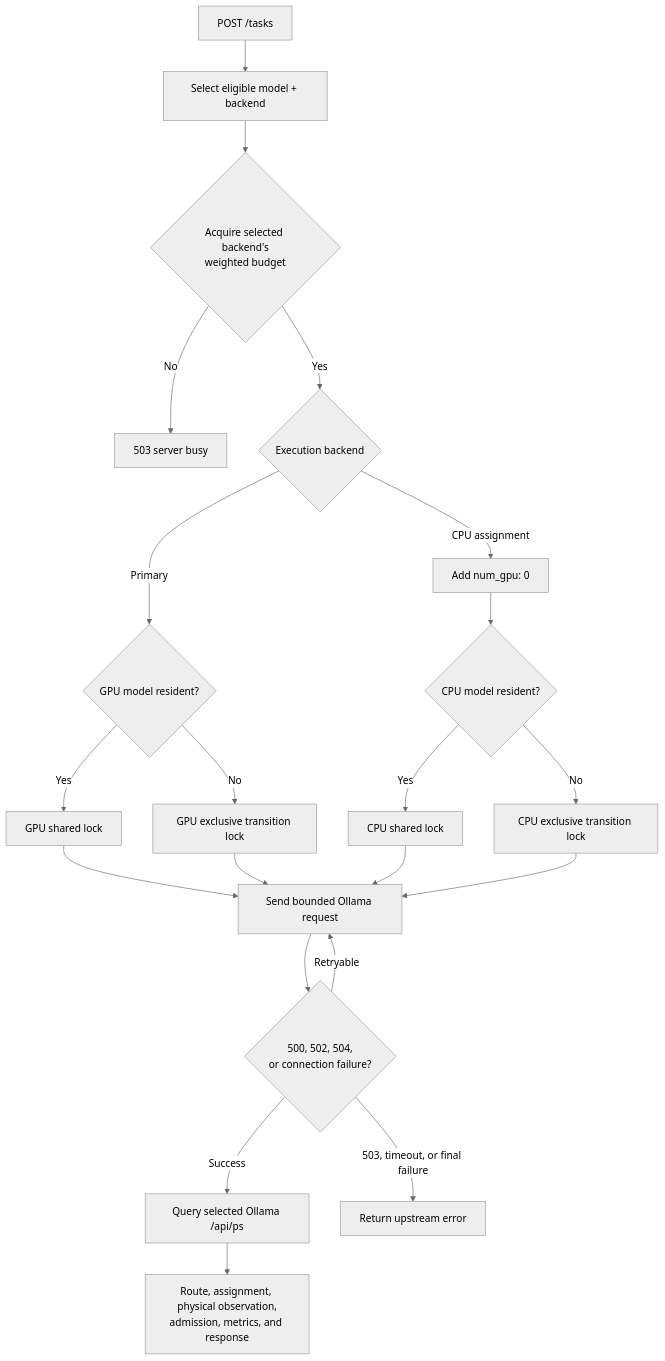
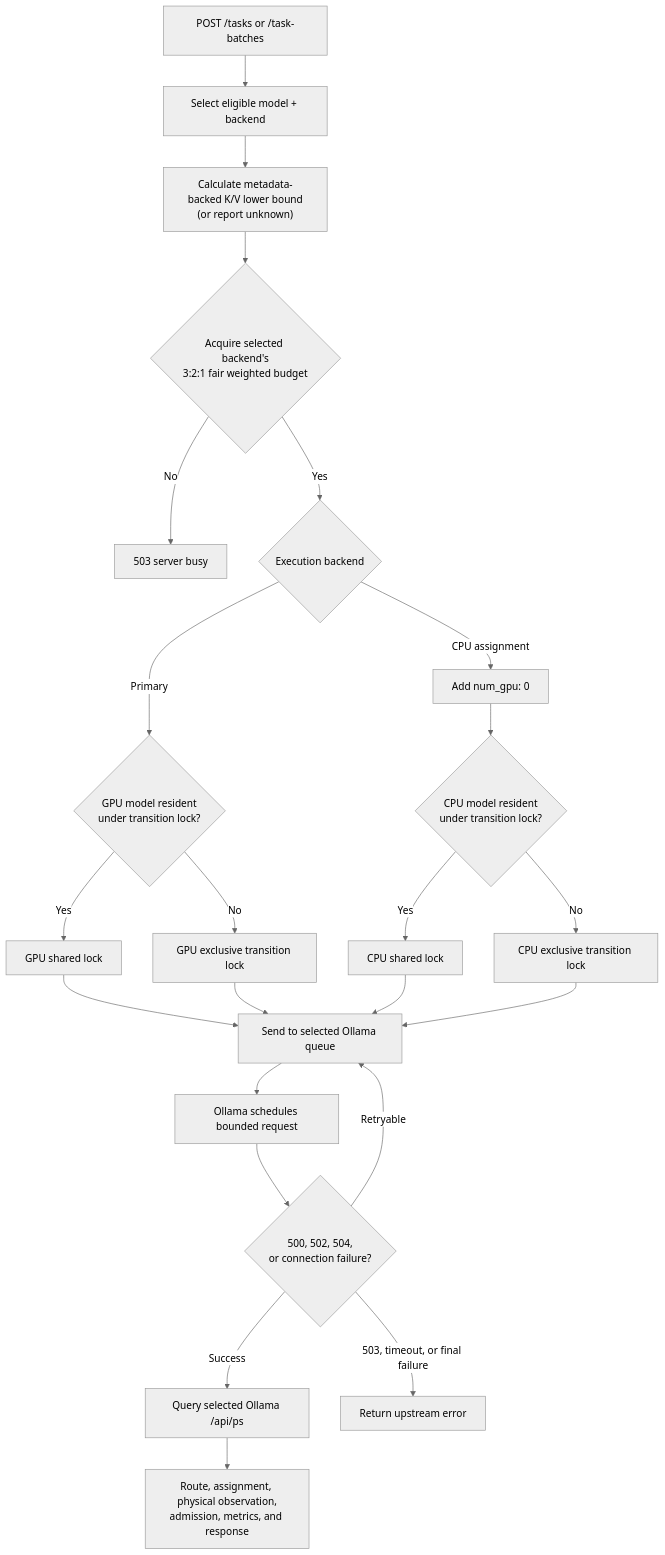
Before and after one commit to bgauryy/FreeLlama: the sixth of 10 diagrams in docs/ARCHITECTURE.md, drawn with Mermaid (neutral theme). The commit also changed other lines of this file and 77 other files, not shown here.

````diff
--- a/docs/ARCHITECTURE.md
+++ b/docs/ARCHITECTURE.md
@@ -197,23 +203,25 @@
 ```mermaid
 flowchart TD
-    T["POST /tasks"] --> R["Select eligible model + backend"]
-    R --> A{"Acquire selected backend's<br/>weighted budget"}
+    T["POST /tasks or /task-batches"] --> R["Select eligible model + backend"]
+    R --> K["Calculate metadata-backed K/V lower bound<br/>(or report unknown)"]
+    K --> A{"Acquire selected backend's<br/>3:2:1 fair weighted budget"}
     A -->|"No"| E503["503 server busy"]
     A -->|"Yes"| B{"Execution backend"}
-    B -->|"Primary"| GL{"GPU model resident?"}
+    B -->|"Primary"| GL{"GPU model resident<br/>under transition lock?"}
     B -->|"CPU assignment"| CO["Add num_gpu: 0"]
-    CO --> CL{"CPU model resident?"}
+    CO --> CL{"CPU model resident<br/>under transition lock?"}
     GL -->|"Yes"| GR["GPU shared lock"]
     GL -->|"No"| GX["GPU exclusive transition lock"]
     CL -->|"Yes"| CR["CPU shared lock"]
     CL -->|"No"| CX["CPU exclusive transition lock"]
-    GR --> SEND["Send bounded Ollama request"]
-    GX --> SEND
-    CR --> SEND
-    CX --> SEND
+    GR --> OQ["Send to selected Ollama queue"]
+    GX --> OQ
+    CR --> OQ
+    CX --> OQ
+    OQ --> SEND["Ollama schedules bounded request"]
     SEND --> RETRY{"500, 502, 504,<br/>or connection failure?"}
-    RETRY -->|"Retryable"| SEND
+    RETRY -->|"Retryable"| OQ
     RETRY -->|"Success"| OBS["Query selected Ollama /api/ps"]
     OBS --> OUT["Route, assignment, physical observation,<br/>admission, metrics, and response"]
     RETRY -->|"503, timeout, or final failure"| ERR["Return upstream error"]
 ```
````
